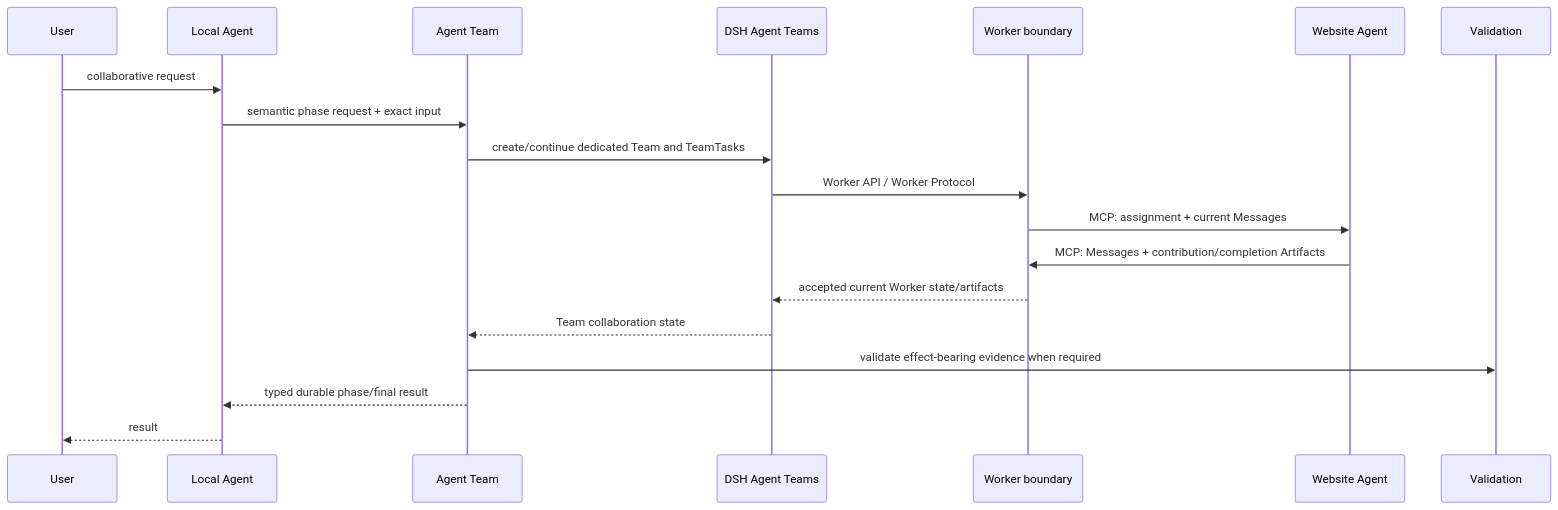
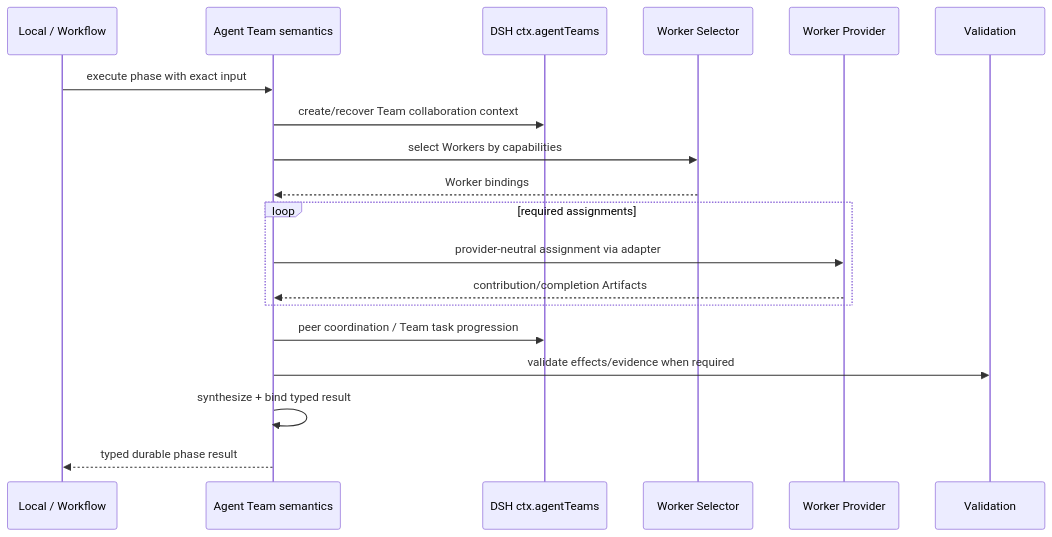
The second of 8 diagrams in docs/architecture/interaction-model.md (tsuuanmi/AgentOS), drawn with Mermaid before and after one commit. The commit also changed other lines of this file, not shown here.

Commit message:
docs: align interactions with composed capabilities

```diff
--- a/docs/architecture/interaction-model.md
+++ b/docs/architecture/interaction-model.md
@@ -49,22 +28,24 @@
 ~~~mermaid
 sequenceDiagram
-    participant U as User
-    participant L as Local Agent
-    participant T as Agent Team
-    participant D as DSH Agent Teams
-    participant W as Worker boundary
-    participant P as Website Agent
+    participant L as Local / Workflow
+    participant A as Agent Team semantics
+    participant D as DSH ctx.agentTeams
+    participant S as Worker Selector
+    participant P as Worker Provider
     participant V as Validation
 
-    U->>L: collaborative request
-    L->>T: semantic phase request + exact input
-    T->>D: create/continue dedicated Team and TeamTasks
-    D->>W: Worker API / Worker Protocol
-    W->>P: MCP: assignment + current Messages
-    P->>W: MCP: Messages + contribution/completion Artifacts
-    W-->>D: accepted current Worker state/artifacts
-    D-->>T: Team collaboration state
-    T->>V: validate effect-bearing evidence when required
-    T-->>L: typed durable phase/final result
-    L-->>U: result
+    L->>A: execute phase with exact input
+    A->>D: create/recover Team collaboration context
+    A->>S: select Workers by capabilities
+    S-->>A: Worker bindings
+
+    loop required assignments
+        A->>P: provider-neutral assignment via adapter
+        P-->>A: contribution/completion Artifacts
+    end
+
+    A->>D: peer coordination / Team task progression
+    A->>V: validate effects/evidence when required
+    A->>A: synthesize + bind typed result
+    A-->>L: typed durable phase result
 ~~~
```
